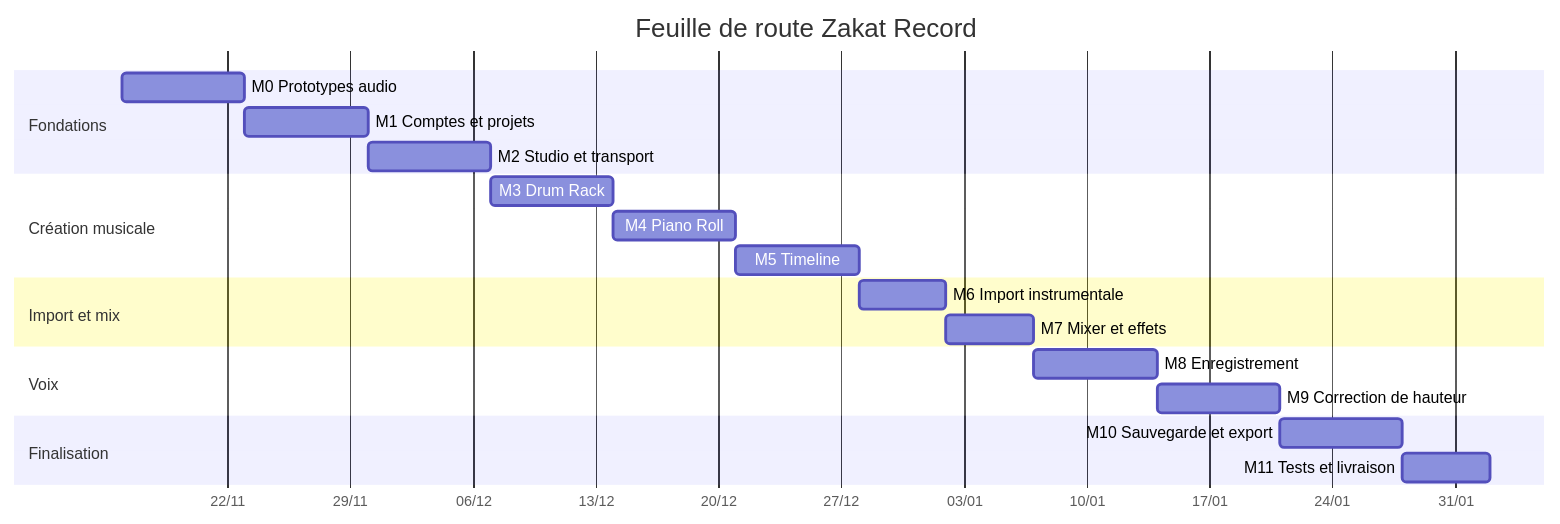
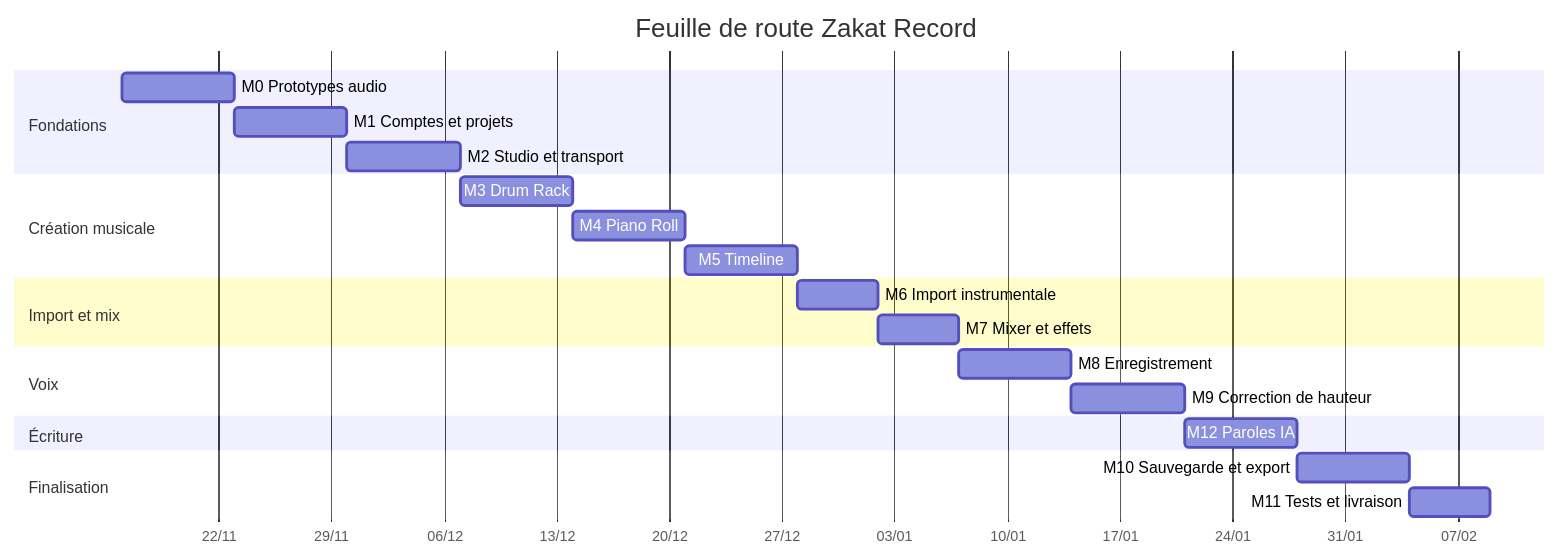
Before and after one commit to Zakary-213/AngularM1_Projet: the second of 3 diagrams in README.md, drawn with Mermaid. The commit also changed other lines of this file and 1 other file, not shown here.

First line of the commit message:
docs: mission M12, assistant d'écriture de paroles par IA (#34)

````diff
--- a/README.md
+++ b/README.md
@@ -92,23 +95,25 @@
 ```mermaid
 gantt
     title Feuille de route Zakat Record
     dateFormat YYYY-MM-DD
     axisFormat %d/%m
     section Fondations
     M0 Prototypes audio          :m0, 2026-11-16, 7d
     M1 Comptes et projets        :m1, after m0, 7d
     M2 Studio et transport       :m2, after m1, 7d
     section Création musicale
     M3 Drum Rack                 :m3, after m2, 7d
     M4 Piano Roll                :m4, after m3, 7d
     M5 Timeline                  :m5, after m4, 7d
     section Import et mix
     M6 Import instrumentale      :m6, after m5, 5d
     M7 Mixer et effets           :m7, after m6, 5d
     section Voix
     M8 Enregistrement            :m8, after m7, 7d
     M9 Correction de hauteur     :m9, after m8, 7d
+    section Écriture
+    M12 Paroles IA               :m12, after m9, 7d
     section Finalisation
-    M10 Sauvegarde et export     :m10, after m9, 7d
+    M10 Sauvegarde et export     :m10, after m12, 7d
     M11 Tests et livraison       :m11, after m10, 5d
 ```
````
